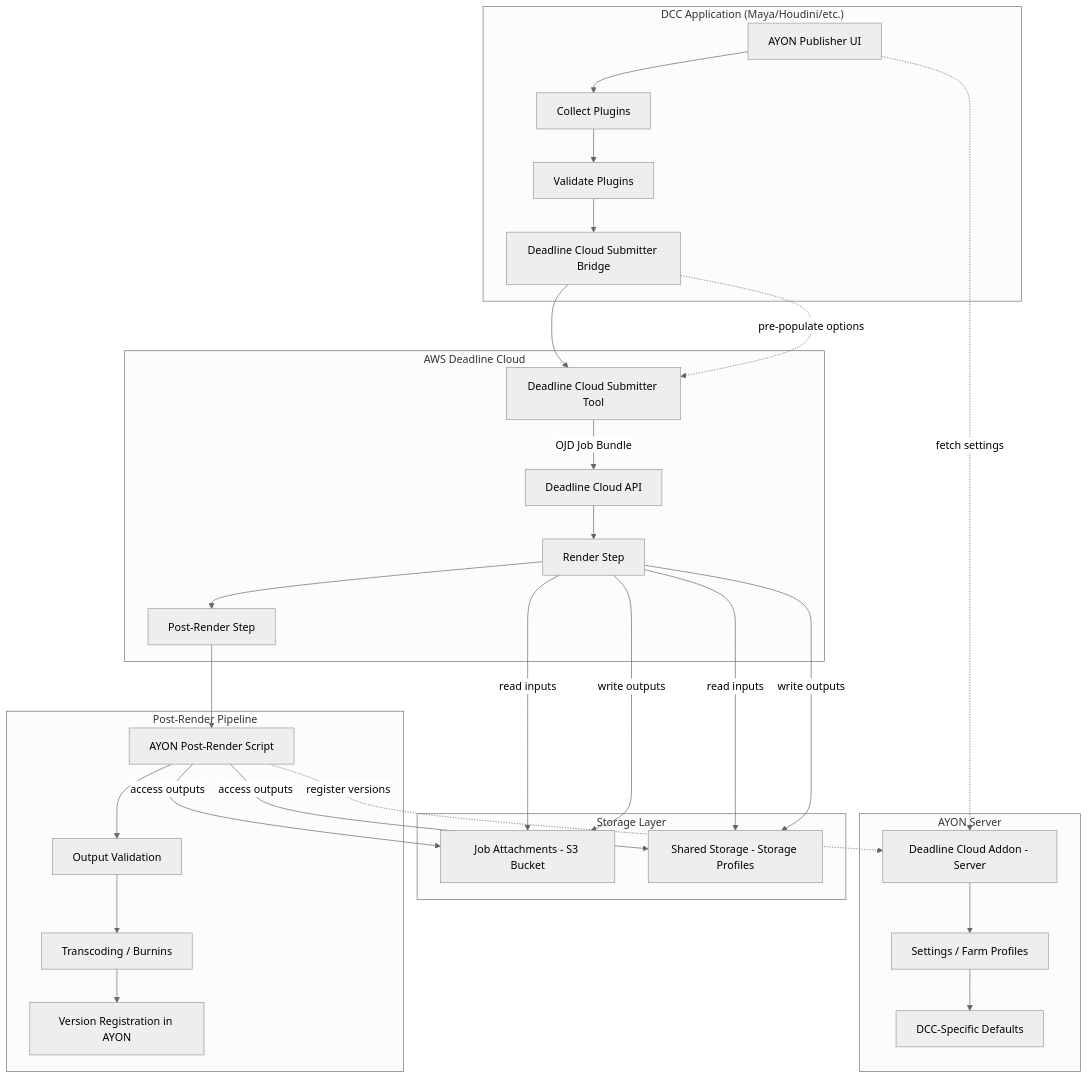
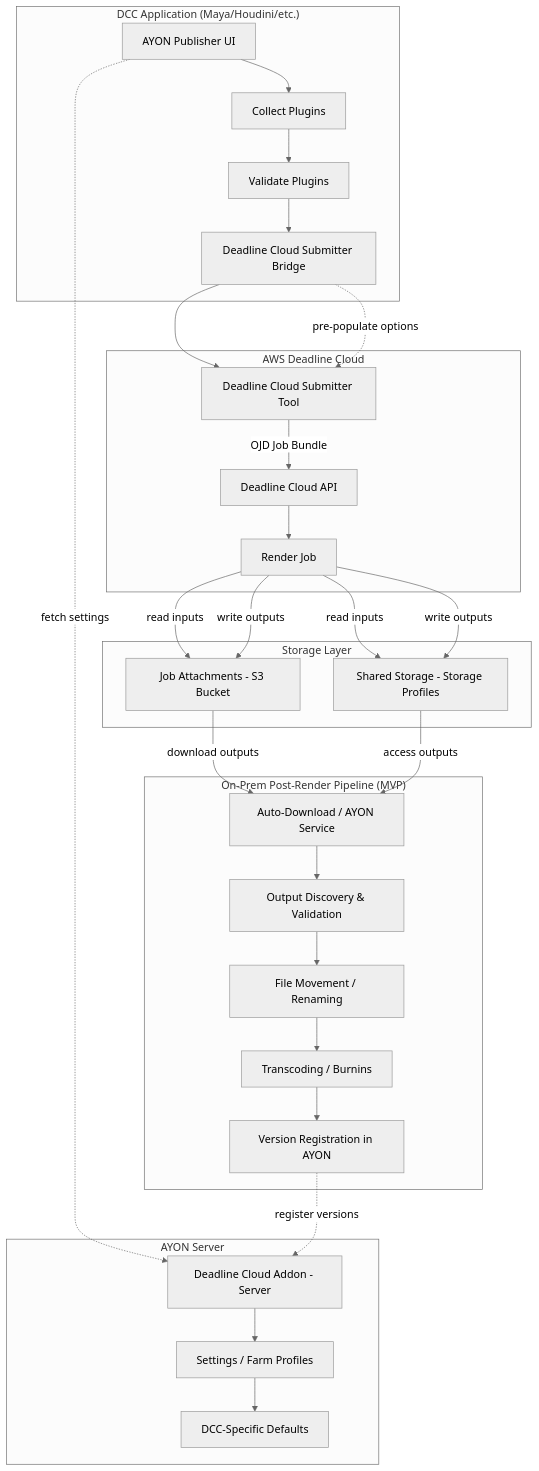
Before and after one commit to leon-li-inspire/ayon-deadline-cloud: the first of 3 diagrams in .kiro/specs/deadline-cloud-integration/design.md, drawn with Mermaid (neutral theme). The commit also changed other lines of this file, not shown here.

First line of the commit message:
Resolve post-render execution model: MVP on-prem, target state farm-side via OpenJD

````diff
--- a/.kiro/specs/deadline-cloud-integration/design.md
+++ b/.kiro/specs/deadline-cloud-integration/design.md
@@ -27,42 +28,41 @@
 ```mermaid
 graph TD
     subgraph "DCC Application (Maya/Houdini/etc.)"
         A[AYON Publisher UI] --> B[Collect Plugins]
         B --> C[Validate Plugins]
         C --> D[Deadline Cloud Submitter Bridge]
     end
 
     subgraph "AYON Server"
         E[Deadline Cloud Addon - Server] --> F[Settings / Farm Profiles]
         F --> G[DCC-Specific Defaults]
     end
 
     subgraph "Storage Layer"
         S1[Job Attachments - S3 Bucket]
         S2[Shared Storage - Storage Profiles]
     end
 
     subgraph "AWS Deadline Cloud"
         D --> H[Deadline Cloud Submitter Tool]
         H -->|OJD Job Bundle| I[Deadline Cloud API]
-        I --> J[Render Step]
-        J --> K[Post-Render Step]
+        I --> J[Render Job]
     end
 
-    subgraph "Post-Render Pipeline"
-        K --> L[AYON Post-Render Script]
-        L --> M[Output Validation]
-        M --> N[Transcoding / Burnins]
-        N --> O[Version Registration in AYON]
+    subgraph "On-Prem Post-Render Pipeline (MVP)"
+        P1[Auto-Download / AYON Service] --> P2[Output Discovery & Validation]
+        P2 --> P3[File Movement / Renaming]
+        P3 --> P4[Transcoding / Burnins]
+        P4 --> P5[Version Registration in AYON]
     end
 
     A -.->|fetch settings| E
     D -.->|pre-populate options| H
     J -->|read inputs| S1
     J -->|read inputs| S2
     J -->|write outputs| S1
     J -->|write outputs| S2
-    L -->|access outputs| S1
-    L -->|access outputs| S2
-    L -.->|register versions| E
+    S1 -->|download outputs| P1
+    S2 -->|access outputs| P1
+    P5 -.->|register versions| E
 ```
````
